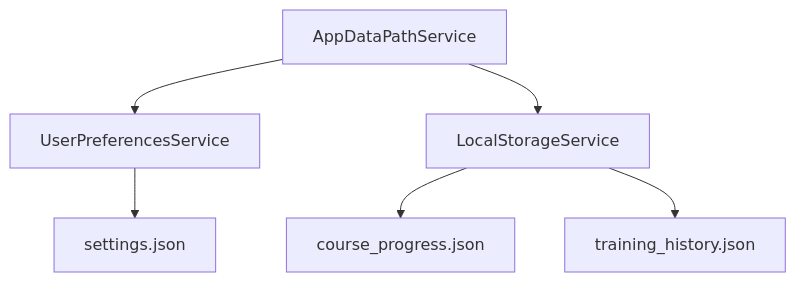
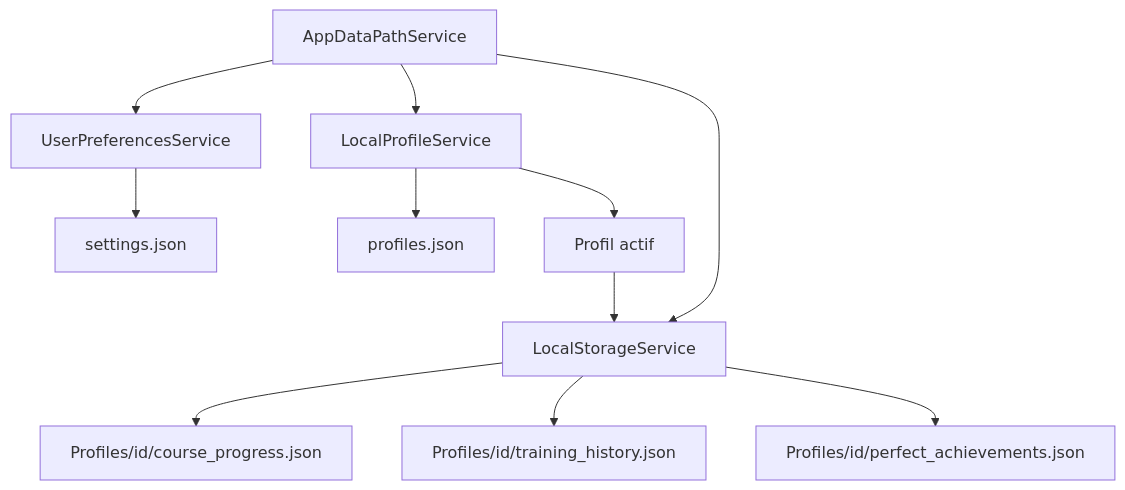
The fifth of 5 diagrams in docs/architecture.md (Tiblouk/MathsSousLeCapot), drawn with Mermaid before and after one commit. The commit also changed other lines of this file and 49 other files, not shown here.

````diff
--- a/docs/architecture.md
+++ b/docs/architecture.md
@@ -275,8 +314,13 @@
 ```mermaid
 flowchart TD
     PREF["UserPreferencesService"] --> SETTINGS["settings.json"]
-    STORAGE["LocalStorageService"] --> PROGRESS["course_progress.json"]
-    STORAGE --> HISTORY["training_history.json"]
+    PROFILE["LocalProfileService"] --> REGISTRY["profiles.json"]
+    PROFILE --> ACTIVE["Profil actif"]
+    ACTIVE --> STORAGE["LocalStorageService"]
+    STORAGE --> PROGRESS["Profiles/id/course_progress.json"]
+    STORAGE --> HISTORY["Profiles/id/training_history.json"]
+    STORAGE --> ACHIEVEMENTS["Profiles/id/perfect_achievements.json"]
     PATH["AppDataPathService"] --> PREF
+    PATH --> PROFILE
     PATH --> STORAGE
 ```
````
